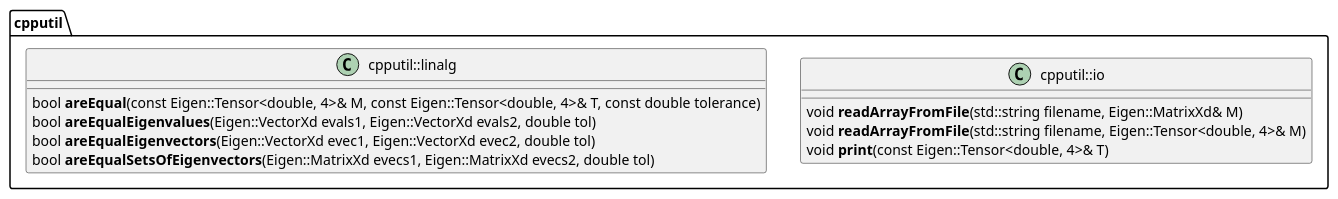
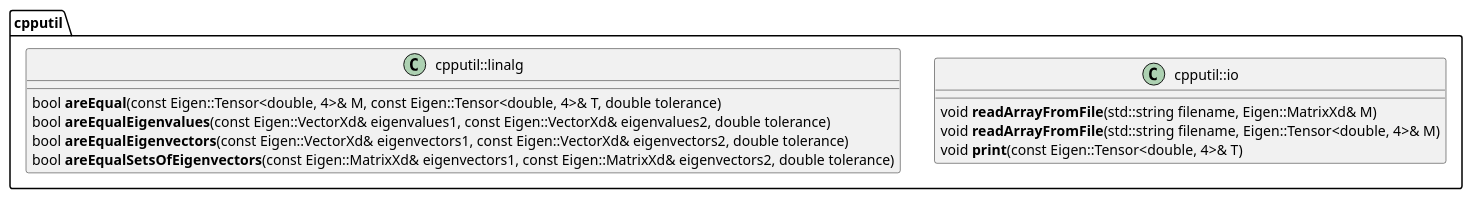
The diagram in docs/cpputil.puml (matt-chan/cpputil), drawn with PlantUML before and after one commit. The commit also changed 4 other files, not shown here.

```diff
--- a/docs/cpputil.puml
+++ b/docs/cpputil.puml
@@ -1,21 +1,21 @@
 @startuml
 
 
 namespace cpputil {
 
     class cpputil::io {
         void **readArrayFromFile**(std::string filename, Eigen::MatrixXd& M)
         void **readArrayFromFile**(std::string filename, Eigen::Tensor<double, 4>& M)
         void **print**(const Eigen::Tensor<double, 4>& T)
     }
 
     class cpputil::linalg {
-        bool **areEqual**(const Eigen::Tensor<double, 4>& M, const Eigen::Tensor<double, 4>& T, const double tolerance)
-        bool **areEqualEigenvalues**(Eigen::VectorXd evals1, Eigen::VectorXd evals2, double tol)
-        bool **areEqualEigenvectors**(Eigen::VectorXd evec1, Eigen::VectorXd evec2, double tol)
-        bool **areEqualSetsOfEigenvectors**(Eigen::MatrixXd evecs1, Eigen::MatrixXd evecs2, double tol)
+        bool **areEqual**(const Eigen::Tensor<double, 4>& M, const Eigen::Tensor<double, 4>& T, double tolerance)
+        bool **areEqualEigenvalues**(const Eigen::VectorXd& eigenvalues1, const Eigen::VectorXd& eigenvalues2, double tolerance)
+        bool **areEqualEigenvectors**(const Eigen::VectorXd& eigenvectors1, const Eigen::VectorXd& eigenvectors2, double tolerance)
+        bool **areEqualSetsOfEigenvectors**(const Eigen::MatrixXd& eigenvectors1, const Eigen::MatrixXd& eigenvectors2, double tolerance)
     }
 
 }
 
 @enduml
```
